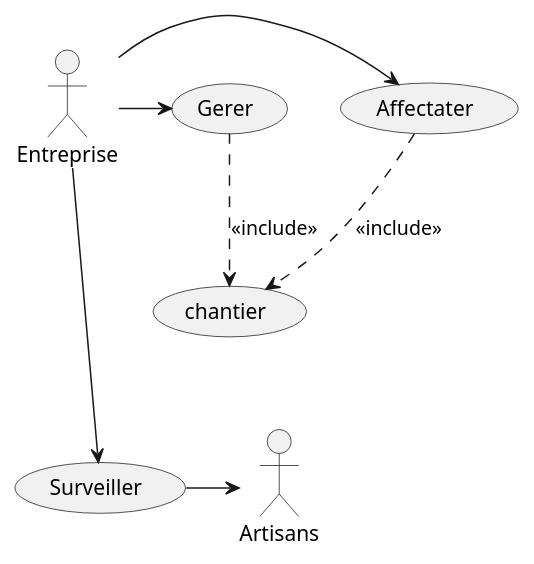
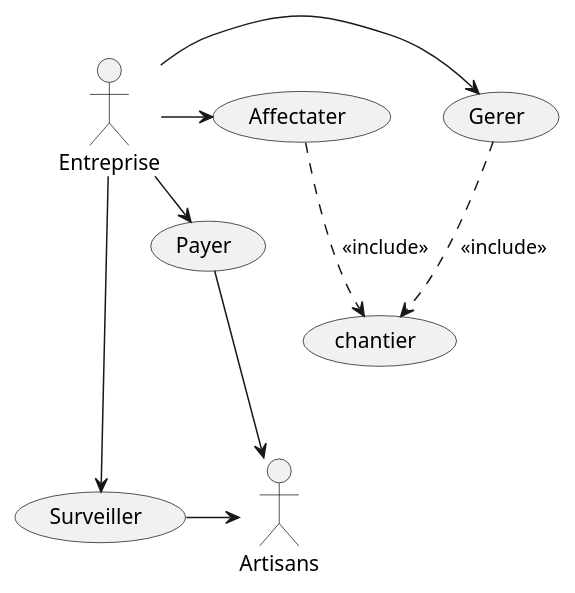
The diagram in uc.plantuml (IUT-Blagnac/r2-01-conception-td5-Lefty-Dude), drawn with PlantUML before and after one commit. The commit also changed 1 other file, not shown here.

```diff
--- a/uc.plantuml
+++ b/uc.plantuml
@@ -1,24 +1,28 @@
-@startuml TD5-1
+@startuml UC
 
 usecase a as "Affectater"
 usecase s as "Surveiller"
+usecase p as "Payer"
 usecase g as "Gerer"
 usecase c as "chantier"
 
 actor Artisans
 actor Entreprise 
 
 'Pour aligner les 2 acteurs :
 c -[hidden]-> s
 
 Entreprise -> s
 s -> Artisans
 
+Entreprise -> p
+p -> Artisans
+
 Entreprise -> a
 a ..> c : <<include>>
 
 Entreprise ->g
 g ..> c : <<include>>
 
 
 @enduml
```
